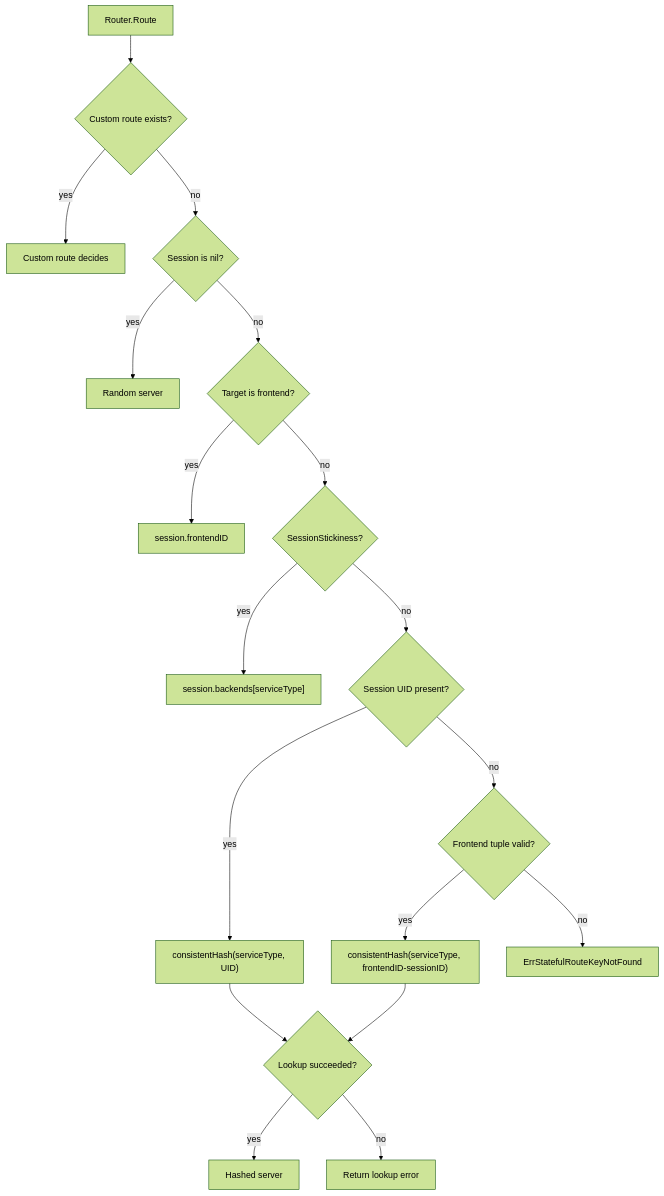
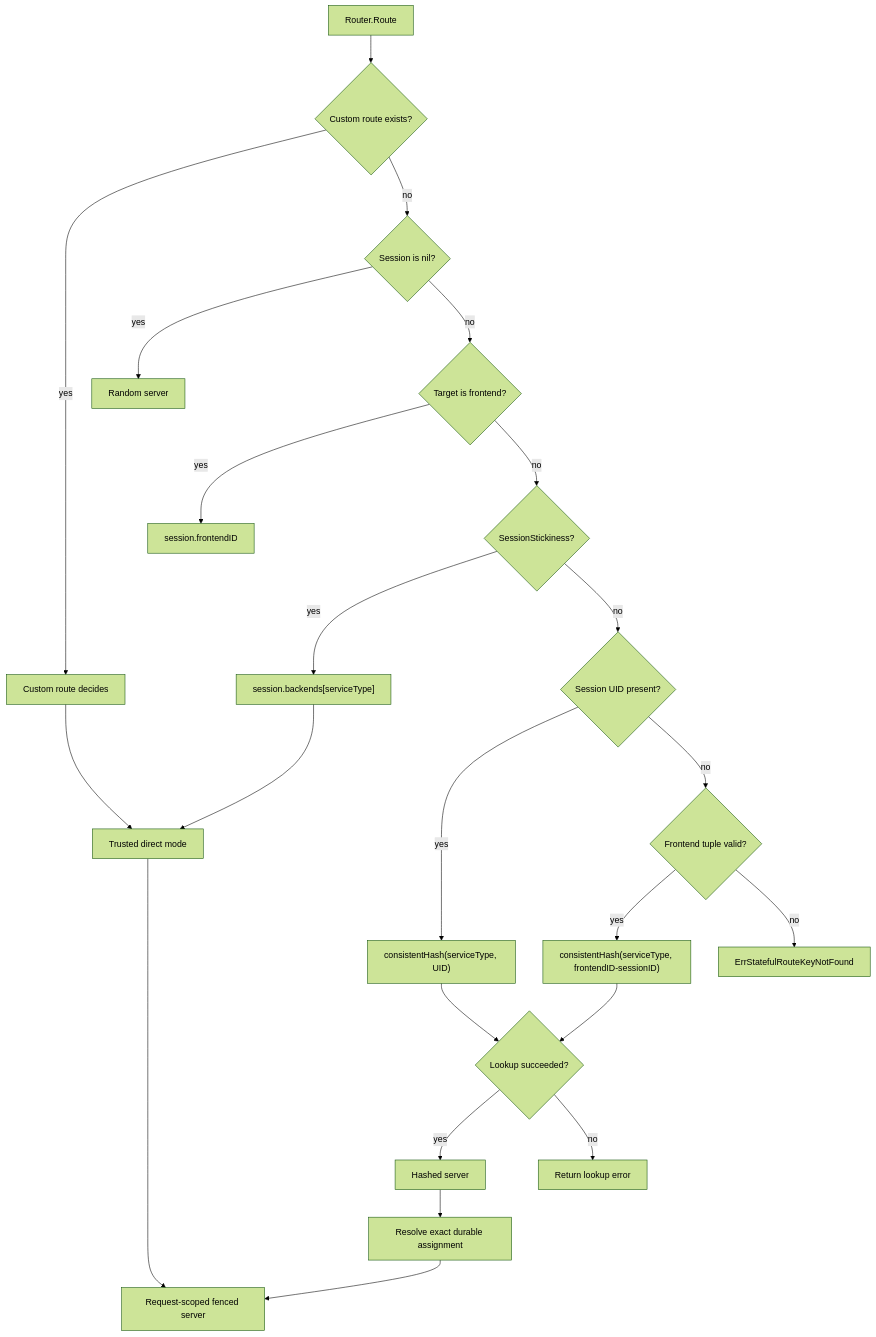
Before and after one commit to alkaid/pitaya: the third of 4 diagrams in docs/actor-keyed-executor.md, drawn with Mermaid (forest theme). The commit also changed other lines of this file and 43 other files, not shown here.

````diff
--- a/docs/actor-keyed-executor.md
+++ b/docs/actor-keyed-executor.md
@@ -136,20 +136,25 @@
 ```mermaid
 flowchart TD
     Start[Router.Route] --> Custom{Custom route exists?}
     Custom -->|yes| CustomResult[Custom route decides]
     Custom -->|no| HasSession{Session is nil?}
     HasSession -->|yes| Random[Random server]
     HasSession -->|no| FrontendTarget{Target is frontend?}
     FrontendTarget -->|yes| FrontendID[session.frontendID]
     FrontendTarget -->|no| Sticky{SessionStickiness?}
     Sticky -->|yes| BackendID["session.backends[serviceType]"]
     Sticky -->|no| HasUID{Session UID present?}
     HasUID -->|yes| HashUID["consistentHash(serviceType, UID)"]
     HasUID -->|no| HasTuple{Frontend tuple valid?}
     HasTuple -->|yes| HashSession["consistentHash(serviceType, frontendID-sessionID)"]
     HasTuple -->|no| MissingKey["ErrStatefulRouteKeyNotFound"]
     HashUID --> HashResult{Lookup succeeded?}
     HashSession --> HashResult
     HashResult -->|yes| HashServer[Hashed server]
     HashResult -->|no| LookupError[Return lookup error]
+    CustomResult --> Direct[Trusted direct mode]
+    BackendID --> Direct
+    HashServer --> Assignment[Resolve exact durable assignment]
+    Direct --> Selected
+    Assignment --> Selected[Request-scoped fenced server]
 ```
````
